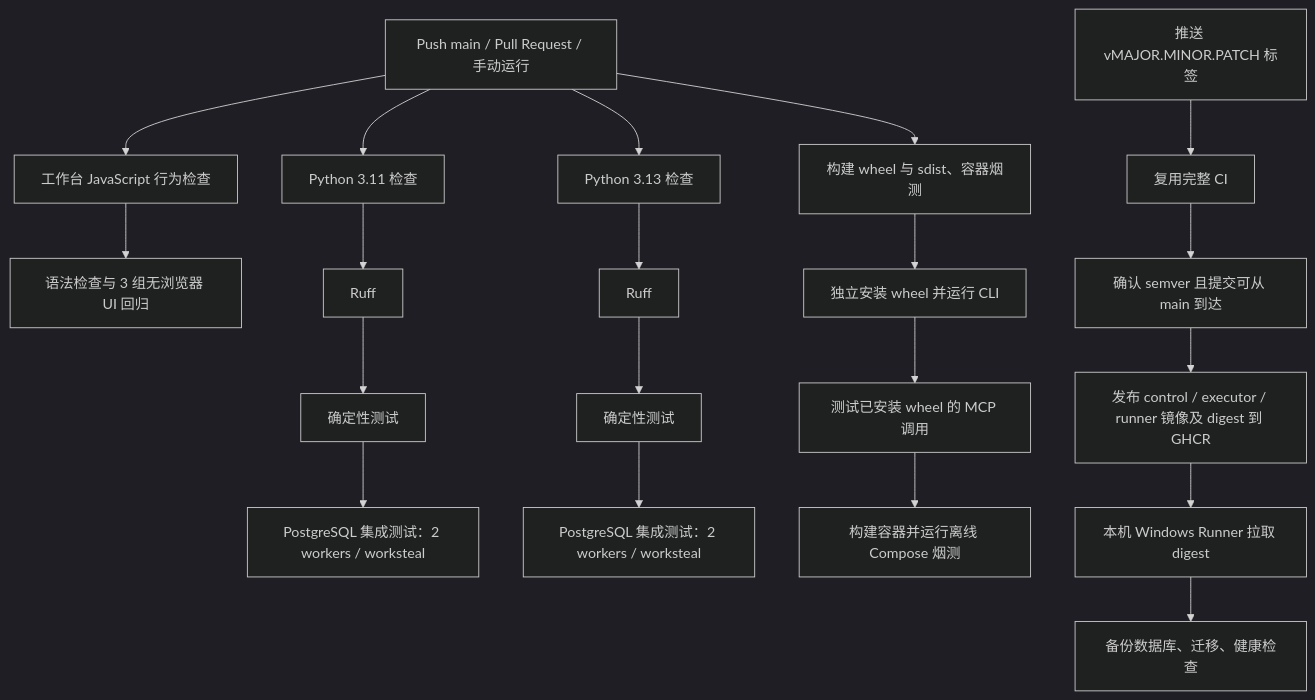
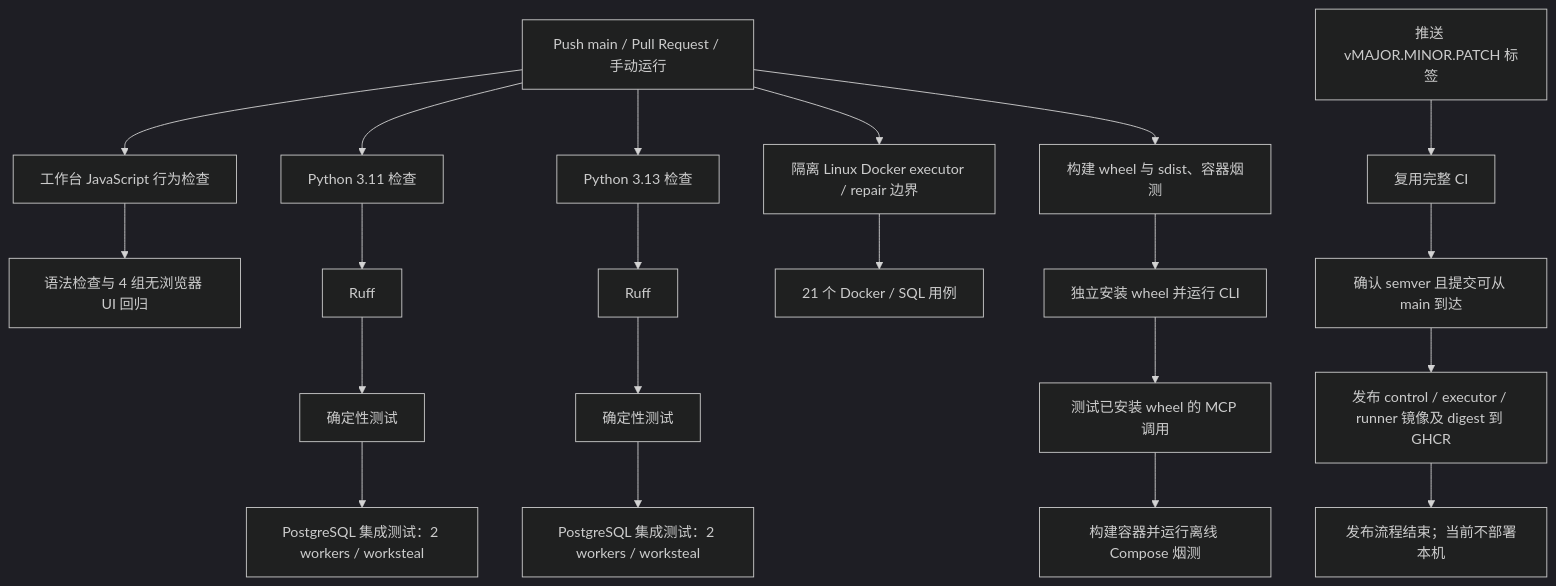
One commit to shuaibilx/DecAgent changed the diagram in generated/261016/CI-CD/1938_GitHub_Actions持续集成教程.md. Above: the diagram before and after it, drawn with Mermaid (dark theme). The commit also changed other lines of this file and 13 other files, not shown here.

````diff
--- a/generated/261016/CI-CD/1938_GitHub_Actions持续集成教程.md
+++ b/generated/261016/CI-CD/1938_GitHub_Actions持续集成教程.md
@@ -29,22 +32,23 @@
 ```mermaid
 flowchart TD
     A[Push main / Pull Request / 手动运行] --> B[Python 3.11 检查]
     A --> C[Python 3.13 检查]
     A --> U[工作台 JavaScript 行为检查]
-    U --> U1[语法检查与 3 组无浏览器 UI 回归]
+    U --> U1[语法检查与 4 组无浏览器 UI 回归]
     B --> B1[Ruff]
     B1 --> B2[确定性测试]
     B2 --> B3[PostgreSQL 集成测试：2 workers / worksteal]
     C --> C1[Ruff]
     C1 --> C2[确定性测试]
     C2 --> C3[PostgreSQL 集成测试：2 workers / worksteal]
+    A --> X[隔离 Linux Docker executor / repair 边界]
+    X --> X1[21 个 Docker / SQL 用例]
     A --> D[构建 wheel 与 sdist、容器烟测]
     D --> E[独立安装 wheel 并运行 CLI]
     E --> F[测试已安装 wheel 的 MCP 调用]
     F --> G[构建容器并运行离线 Compose 烟测]
     H[推送 vMAJOR.MINOR.PATCH 标签] --> I[复用完整 CI]
     I --> J[确认 semver 且提交可从 main 到达]
     J --> K[发布 control / executor / runner 镜像及 digest 到 GHCR]
-    K --> L[本机 Windows Runner 拉取 digest]
-    L --> M[备份数据库、迁移、健康检查]
+    K --> L[发布流程结束；当前不部署本机]
 ```
````
